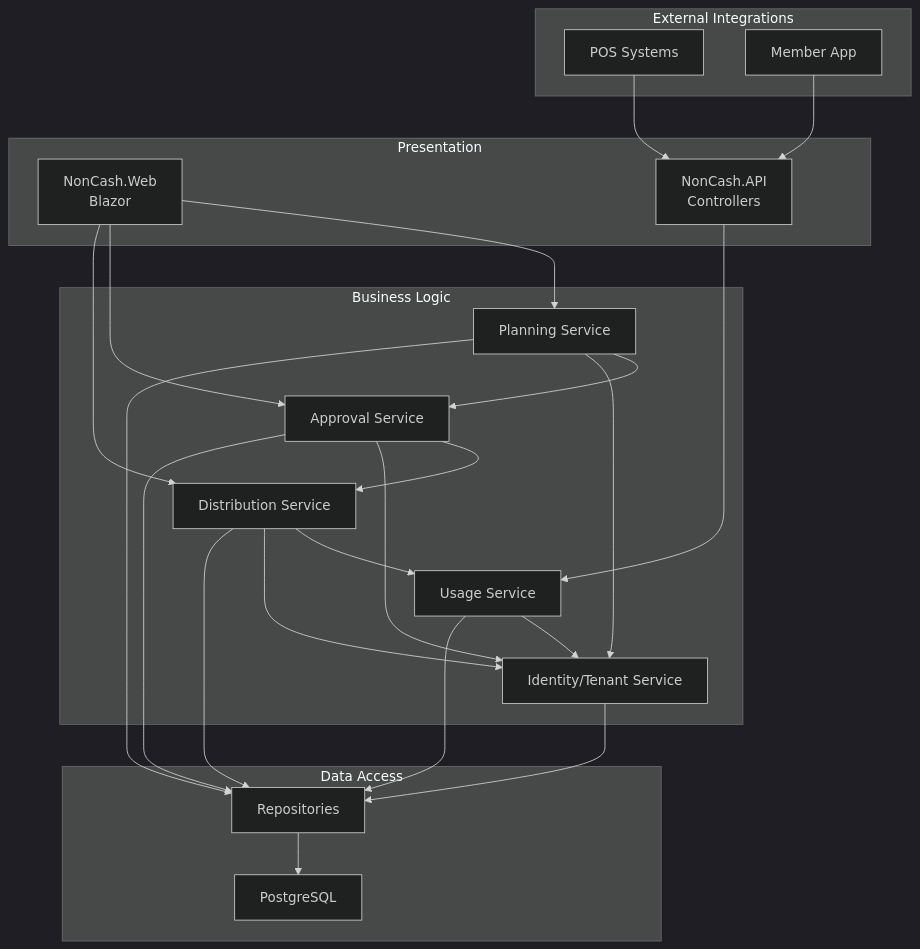
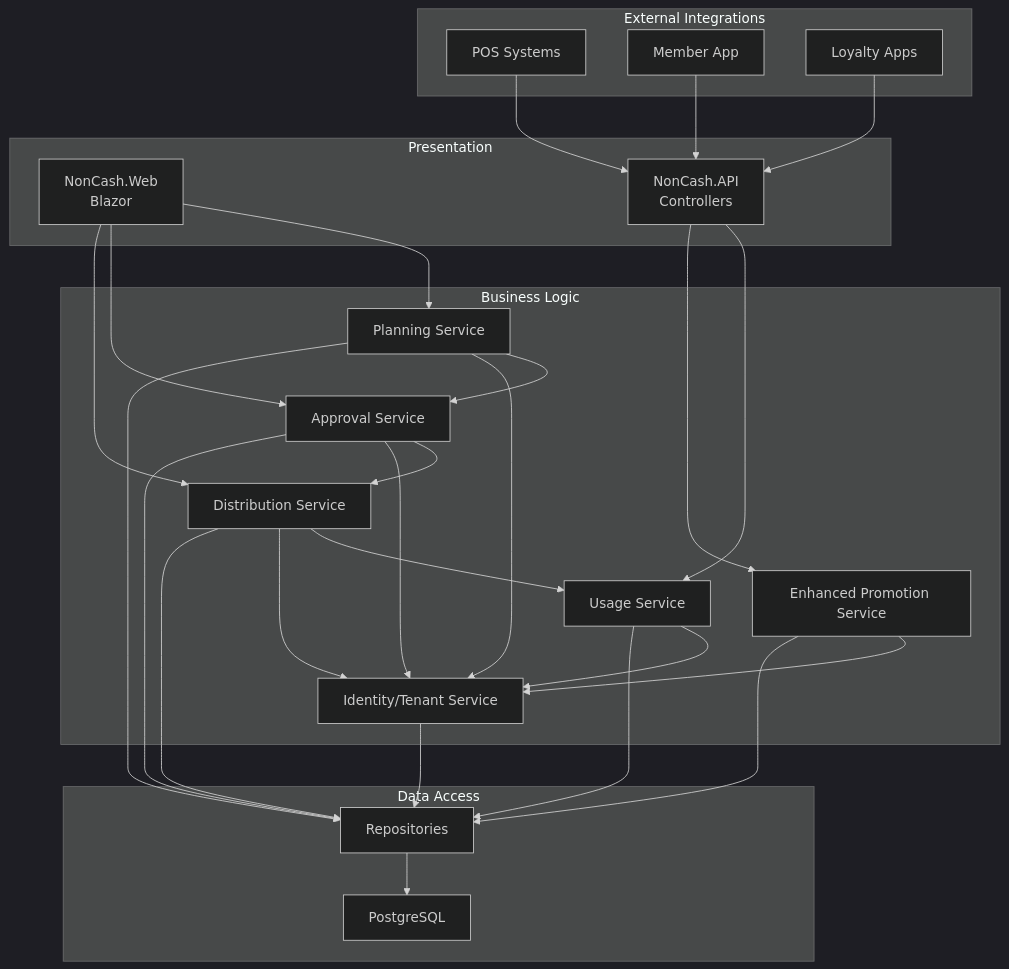
Before and after one commit to lamhongbac/NonCash: the second of 10 diagrams in .qoder/repowiki/en/content/Core Services Implementation/Core Services Implementation.md, drawn with Mermaid (dark theme). The commit also changed other lines of this file and 53 other files, not shown here.

````diff
--- a/.qoder/repowiki/en/content/Core Services Implementation/Core Services Implementation.md
+++ b/.qoder/repowiki/en/content/Core Services Implementation/Core Services Implementation.md
@@ -103,41 +120,47 @@
 ```mermaid
 graph TB
 subgraph "External Integrations"
 POS["POS Systems"]
 MEMBER["Member App"]
+LOYALTY["Loyalty Apps"]
 end
 subgraph "Presentation"
 WEBUI["NonCash.Web<br/>Blazor"]
 REST["NonCash.API<br/>Controllers"]
 end
 subgraph "Business Logic"
 PLAN["Planning Service"]
 APPROVAL["Approval Service"]
 DIST["Distribution Service"]
 USAGE["Usage Service"]
+PROMO["Enhanced Promotion Service"]
 IDT["Identity/Tenant Service"]
 end
 subgraph "Data Access"
 REPO["Repositories"]
 DB["PostgreSQL"]
 end
 POS --> REST
 MEMBER --> REST
+LOYALTY --> REST
 WEBUI --> PLAN
 WEBUI --> APPROVAL
 WEBUI --> DIST
 REST --> USAGE
+REST --> PROMO
 PLAN --> APPROVAL
 APPROVAL --> DIST
 DIST --> USAGE
 PLAN --> IDT
 APPROVAL --> IDT
 DIST --> IDT
 USAGE --> IDT
+PROMO --> IDT
 PLAN --> REPO
 APPROVAL --> REPO
 DIST --> REPO
 USAGE --> REPO
+PROMO --> REPO
 IDT --> REPO
 REPO --> DB
 ```
````
